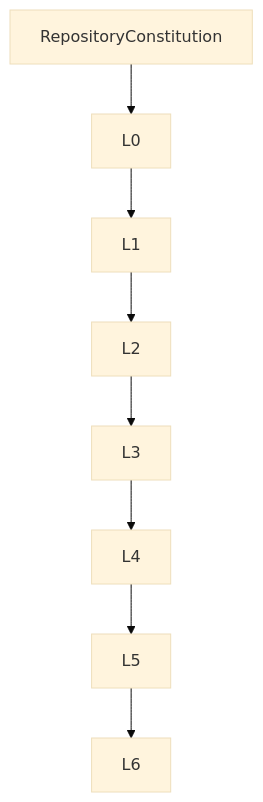
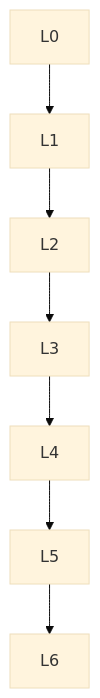
One commit to Varad1604/ERP_hark changed the fourth of 4 diagrams in governance/constitution/Volume_3_Architecture_Framework.md. Above: the diagram before and after it, drawn with Mermaid (base theme). The commit also changed other lines of this file and 94 other files, not shown here.

````diff
--- a/governance/constitution/Volume_3_Architecture_Framework.md
+++ b/governance/constitution/Volume_3_Architecture_Framework.md
@@ -311,19 +165,4 @@
 ```mermaid
 flowchart TD
-
-RepositoryConstitution
-
--->L0
-
--->L1
-
--->L2
-
--->L3
-
--->L4
-
--->L5
-
--->L6
+L0 --> L1 --> L2 --> L3 --> L4 --> L5 --> L6
 ```
````
